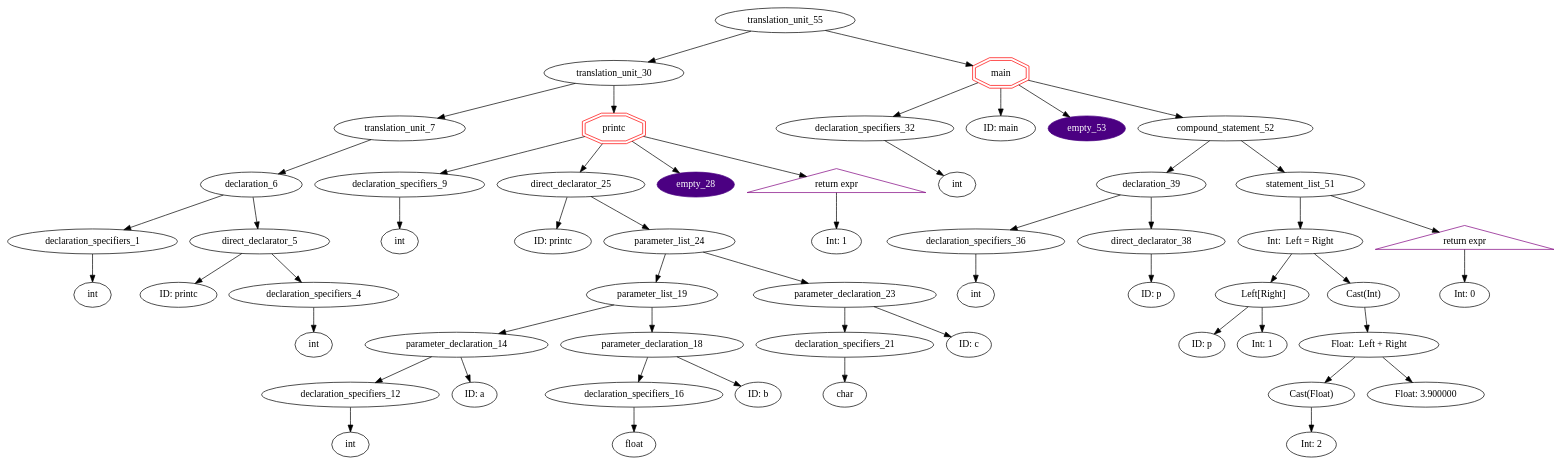
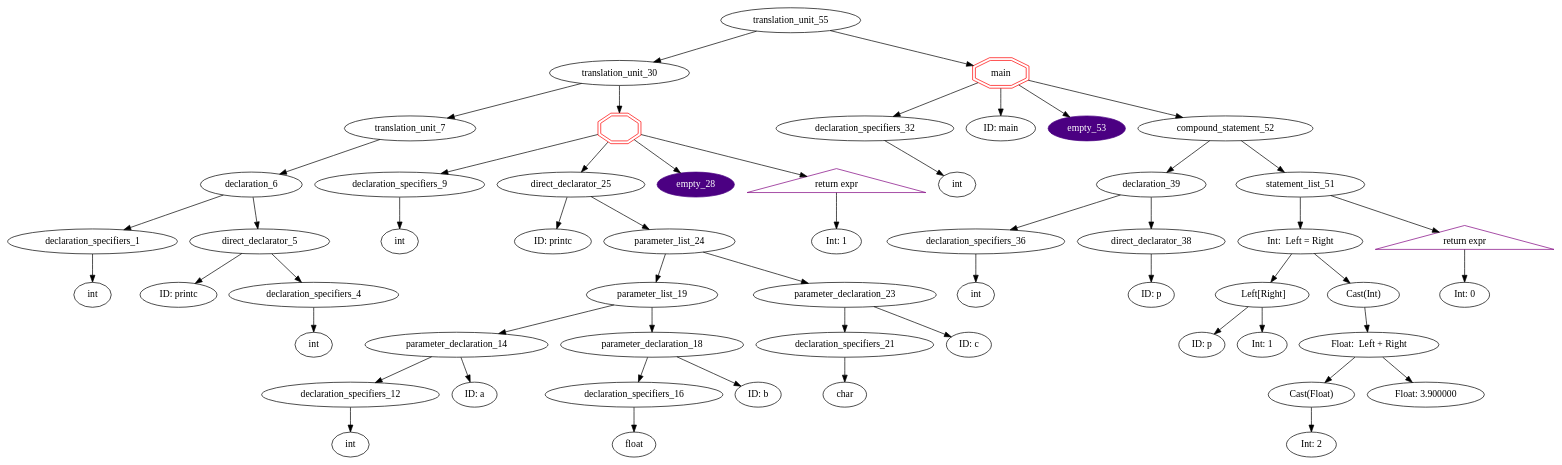
The diagram in graphs/default.gv (ahpalmerUNR/c_compiler), drawn with Graphviz before and after one commit. The commit also changed 3 other files, not shown here.

```diff
--- a/graphs/default.gv
+++ b/graphs/default.gv
@@ -1,98 +1,98 @@
 digraph AST {
 	translation_unit_55 -> translation_unit_30;
 	translation_unit_30 -> translation_unit_7;
 	translation_unit_7 -> declaration_6;
 	declaration_6 [label="declaration_6"]
 	declaration_6 -> declaration_specifiers_1;
 	declaration_specifiers_1 [label="declaration_specifiers_1"]
 	declaration_specifiers_1 -> type_specifier_0;
 	type_specifier_0 [label="int"]
 	declaration_6 -> direct_declarator_5;
 	direct_declarator_5 -> identifier_2;
 	identifier_2 [label="ID: printc"]
 	direct_declarator_5 -> declaration_specifiers_4;
 	declaration_specifiers_4 [label="declaration_specifiers_4"]
 	declaration_specifiers_4 -> type_specifier_3;
 	type_specifier_3 [label="int"]
 	translation_unit_30 -> function_definition_29;
-	function_definition_29 [shape=doubleoctagon,color=red,label="printc"]
+	function_definition_29 [shape=doubleoctagon,color=red,label=""]
 	function_definition_29 -> declaration_specifiers_9;
 	declaration_specifiers_9 [label="declaration_specifiers_9"]
 	declaration_specifiers_9 -> type_specifier_8;
 	type_specifier_8 [label="int"]
 	function_definition_29 -> direct_declarator_25;
 	direct_declarator_25 -> identifier_10;
 	identifier_10 [label="ID: printc"]
 	direct_declarator_25 -> parameter_list_24;
 	parameter_list_24 -> parameter_list_19;
 	parameter_list_19 -> parameter_declaration_14;
 	parameter_declaration_14 -> declaration_specifiers_12;
 	declaration_specifiers_12 [label="declaration_specifiers_12"]
 	declaration_specifiers_12 -> type_specifier_11;
 	type_specifier_11 [label="int"]
 	parameter_declaration_14 -> identifier_13;
 	identifier_13 [label="ID: a"]
 	parameter_list_19 -> parameter_declaration_18;
 	parameter_declaration_18 -> declaration_specifiers_16;
 	declaration_specifiers_16 [label="declaration_specifiers_16"]
 	declaration_specifiers_16 -> type_specifier_15;
 	type_specifier_15 [label="float"]
 	parameter_declaration_18 -> identifier_17;
 	identifier_17 [label="ID: b"]
 	parameter_list_24 -> parameter_declaration_23;
 	parameter_declaration_23 -> declaration_specifiers_21;
 	declaration_specifiers_21 [label="declaration_specifiers_21"]
 	declaration_specifiers_21 -> type_specifier_20;
 	type_specifier_20 [label="char"]
 	parameter_declaration_23 -> identifier_22;
 	identifier_22 [label="ID: c"]
 	function_definition_29 -> empty_28;
 	empty_28 [style=filled,color=indigo,fontcolor=white]
 	function_definition_29 -> jump_statement_27;
 	jump_statement_27 [shape = triangle,color=purple,label="return expr"]
 	jump_statement_27 -> constant_26;
 	constant_26 [label="Int: 1"]
 	translation_unit_55 -> function_definition_54;
 	function_definition_54 [shape=doubleoctagon,color=red,label="main"]
 	function_definition_54 -> declaration_specifiers_32;
 	declaration_specifiers_32 [label="declaration_specifiers_32"]
 	declaration_specifiers_32 -> type_specifier_31;
 	type_specifier_31 [label="int"]
 	function_definition_54 -> identifier_33;
 	identifier_33 [label="ID: main"]
 	function_definition_54 -> empty_53;
 	empty_53 [style=filled,color=indigo,fontcolor=white]
 	function_definition_54 -> compound_statement_52;
 	compound_statement_52 -> declaration_39;
 	declaration_39 [label="declaration_39"]
 	declaration_39 -> declaration_specifiers_36;
 	declaration_specifiers_36 [label="declaration_specifiers_36"]
 	declaration_specifiers_36 -> type_specifier_35;
 	type_specifier_35 [label="int"]
 	declaration_39 -> direct_declarator_38;
 	direct_declarator_38 -> identifier_37;
 	identifier_37 [label="ID: p"]
 	compound_statement_52 -> statement_list_51;
 	statement_list_51 -> assignment_expression_47;
 	assignment_expression_47 [label="Int:  Left = Right"]
 	assignment_expression_47 -> postfix_expression_42;
 	postfix_expression_42 [label="  Left[Right]"]
 	postfix_expression_42 -> identifier_40;
 	identifier_40 [label="ID: p"]
 	postfix_expression_42 -> constant_41;
 	constant_41 [label="Int: 1"]
 	assignment_expression_47 -> Implicit_Cast_48;
 	Implicit_Cast_48 [label="Cast(Int)"]
 	Implicit_Cast_48 -> operator_expression_45;
 	operator_expression_45 [label="Float:  Left + Right"]
 	operator_expression_45 -> Implicit_Cast46;
 	Implicit_Cast46 [label="Cast(Float)"]
 	Implicit_Cast46 -> constant_43;
 	constant_43 [label="Int: 2"]
 	operator_expression_45 -> constant_44;
 	constant_44 [label="Float: 3.900000"]
 	statement_list_51 -> jump_statement_50;
 	jump_statement_50 [shape = triangle,color=purple,label="return expr"]
 	jump_statement_50 -> constant_49;
 	constant_49 [label="Int: 0"]
 }
```
